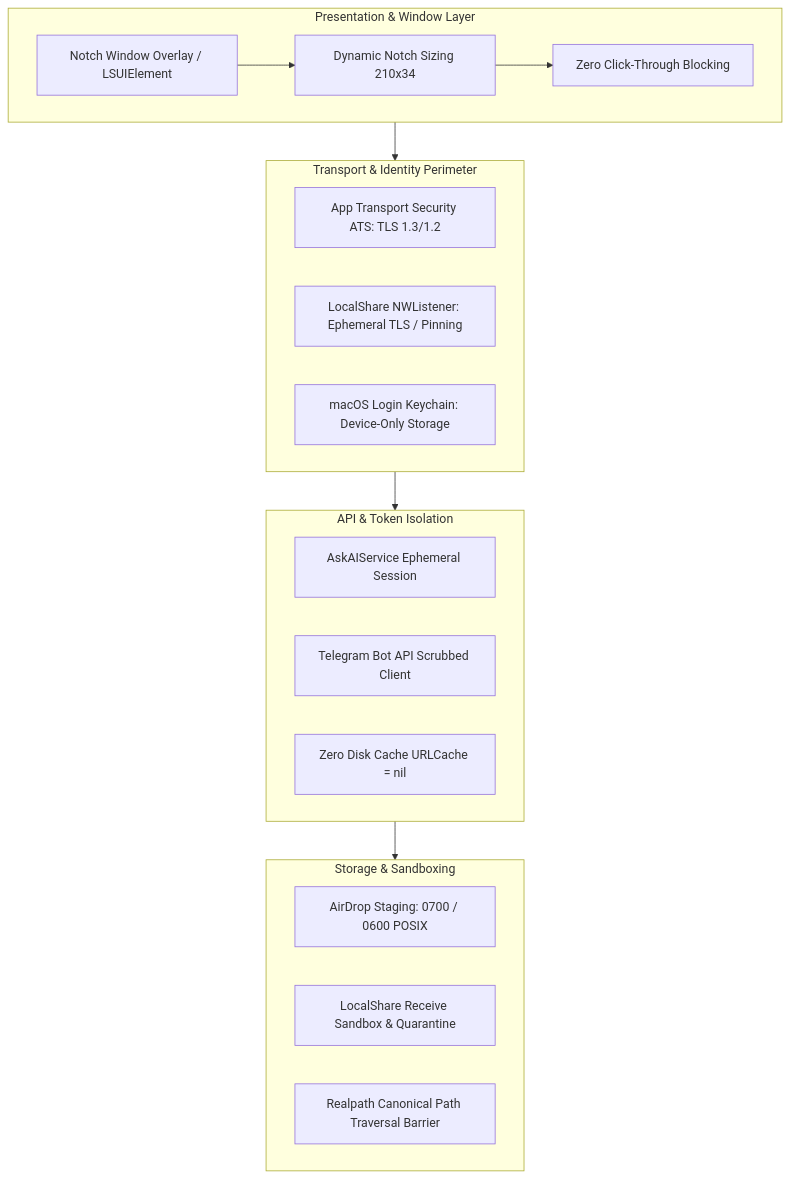
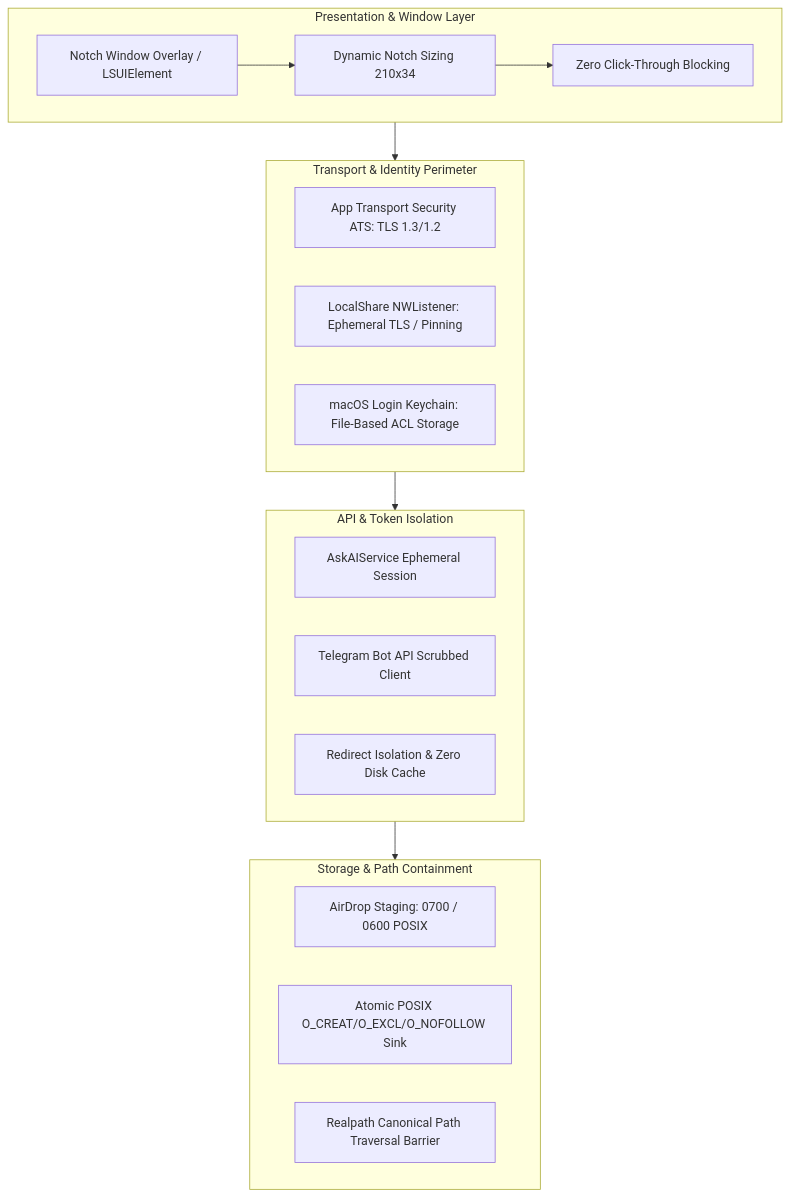
Before and after one commit to Dharmit-Parmar/Notchify: the diagram in SECURITY_ARCHITECTURE_NOTES.md, drawn with Mermaid. The commit also changed other lines of this file and 14 other files, not shown here.

````diff
--- a/SECURITY_ARCHITECTURE_NOTES.md
+++ b/SECURITY_ARCHITECTURE_NOTES.md
@@ -15,29 +15,29 @@
 ```mermaid
 graph TD
     subgraph UI_Surface [Presentation & Window Layer]
         A[Notch Window Overlay / LSUIElement] --> B[Dynamic Notch Sizing 210x34]
         B --> C[Zero Click-Through Blocking]
     end
 
     subgraph Security_Perimeter [Transport & Identity Perimeter]
         D[App Transport Security ATS: TLS 1.3/1.2]
         E[LocalShare NWListener: Ephemeral TLS / Pinning]
-        F[macOS Login Keychain: Device-Only Storage]
+        F[macOS Login Keychain: File-Based ACL Storage]
     end
 
     subgraph API_Isolation [API & Token Isolation]
         G[AskAIService Ephemeral Session]
         H[Telegram Bot API Scrubbed Client]
-        I[Zero Disk Cache URLCache = nil]
+        I[Redirect Isolation & Zero Disk Cache]
     end
 
-    subgraph Storage_Isolation [Storage & Sandboxing]
+    subgraph Storage_Isolation [Storage & Path Containment]
         J[AirDrop Staging: 0700 / 0600 POSIX]
-        K[LocalShare Receive Sandbox & Quarantine]
+        K[Atomic POSIX O_CREAT/O_EXCL/O_NOFOLLOW Sink]
         L[Realpath Canonical Path Traversal Barrier]
     end
 
     UI_Surface --> Security_Perimeter
     Security_Perimeter --> API_Isolation
     API_Isolation --> Storage_Isolation
 ```
````
